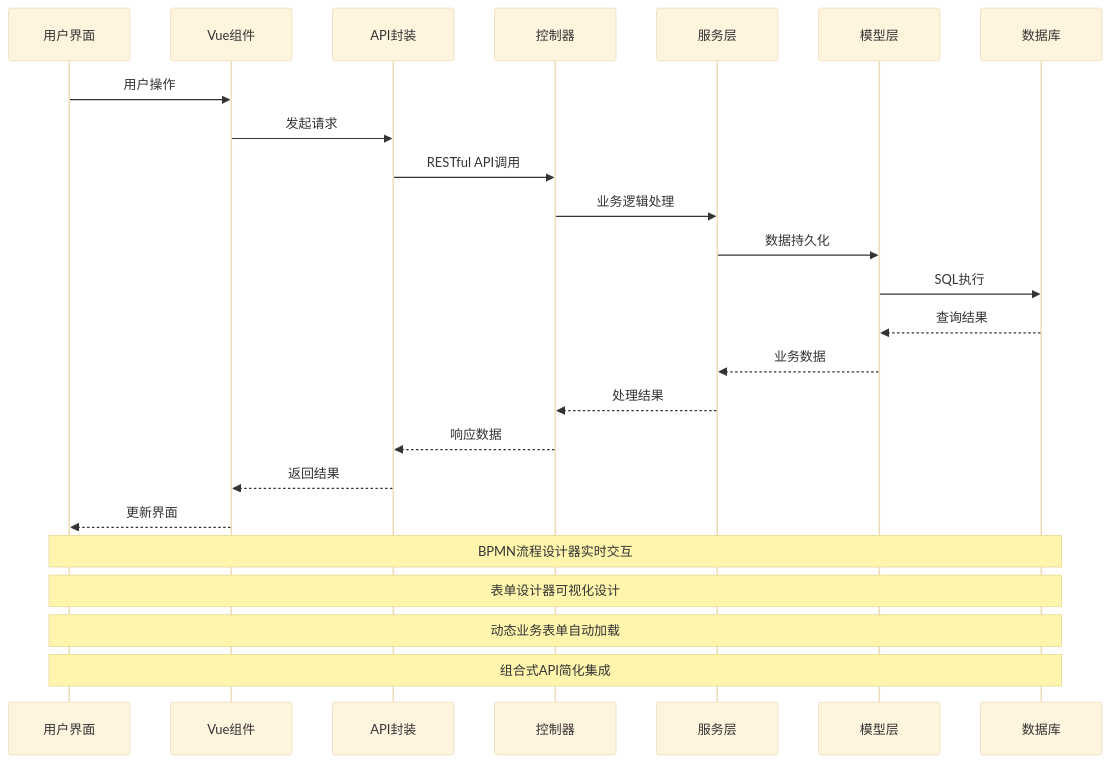
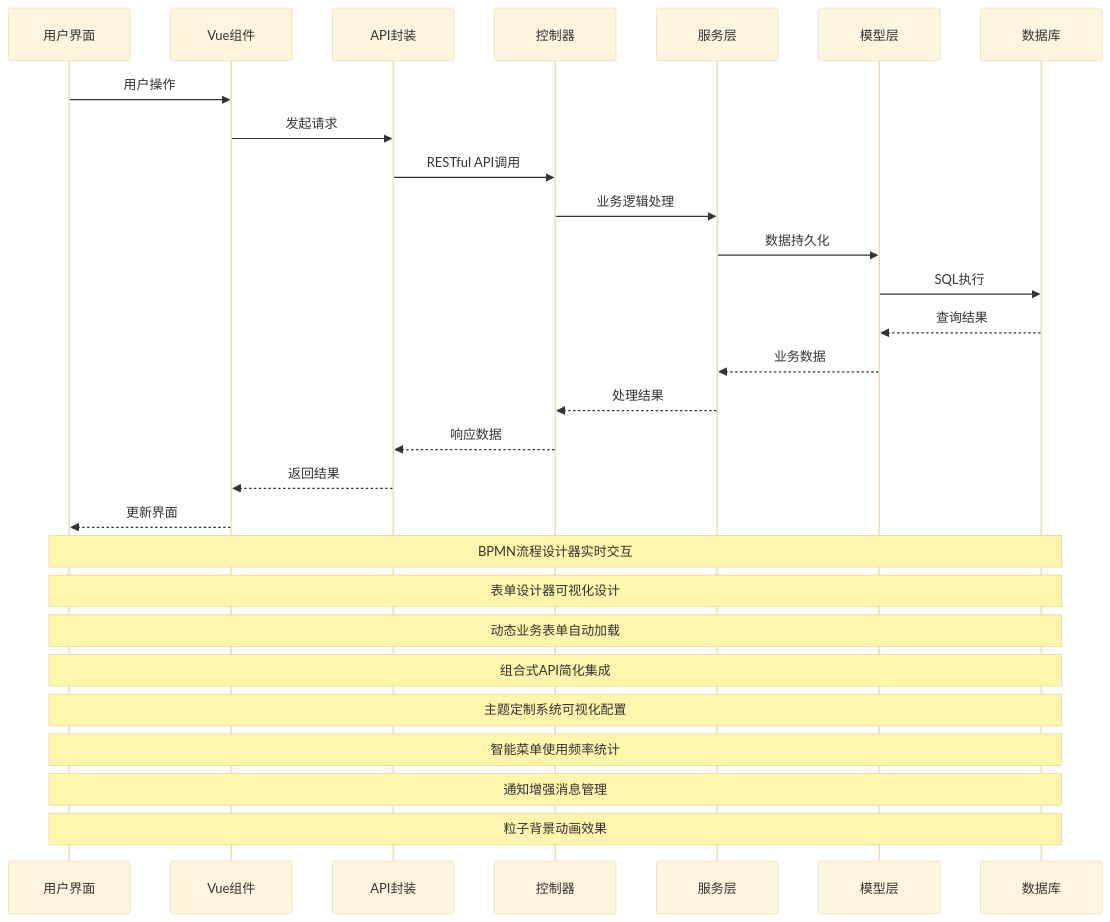
One commit to yaomindong1996/forge-admin changed the second of 15 diagrams in .qoder/repowiki/zh/content/前端框架详解/前端工作流组件.md. Above: the diagram before and after it, drawn with Mermaid (base theme). The commit also changed other lines of this file and 57 other files, not shown here.

````diff
--- a/.qoder/repowiki/zh/content/前端框架详解/前端工作流组件.md
+++ b/.qoder/repowiki/zh/content/前端框架详解/前端工作流组件.md
@@ -231,26 +304,30 @@
 ```mermaid
 sequenceDiagram
 participant U as 用户界面
 participant V as Vue组件
 participant A as API封装
 participant C as 控制器
 participant S as 服务层
 participant M as 模型层
 participant DB as 数据库
 U->>V : 用户操作
 V->>A : 发起请求
 A->>C : RESTful API调用
 C->>S : 业务逻辑处理
 S->>M : 数据持久化
 M->>DB : SQL执行
 DB-->>M : 查询结果
 M-->>S : 业务数据
 S-->>C : 处理结果
 C-->>A : 响应数据
 A-->>V : 返回结果
 V-->>U : 更新界面
 Note over U,DB : BPMN流程设计器实时交互
 Note over U,DB : 表单设计器可视化设计
 Note over U,DB : 动态业务表单自动加载
 Note over U,DB : 组合式API简化集成
+Note over U,DB : 主题定制系统可视化配置
+Note over U,DB : 智能菜单使用频率统计
+Note over U,DB : 通知增强消息管理
+Note over U,DB : 粒子背景动画效果
 ```
````
